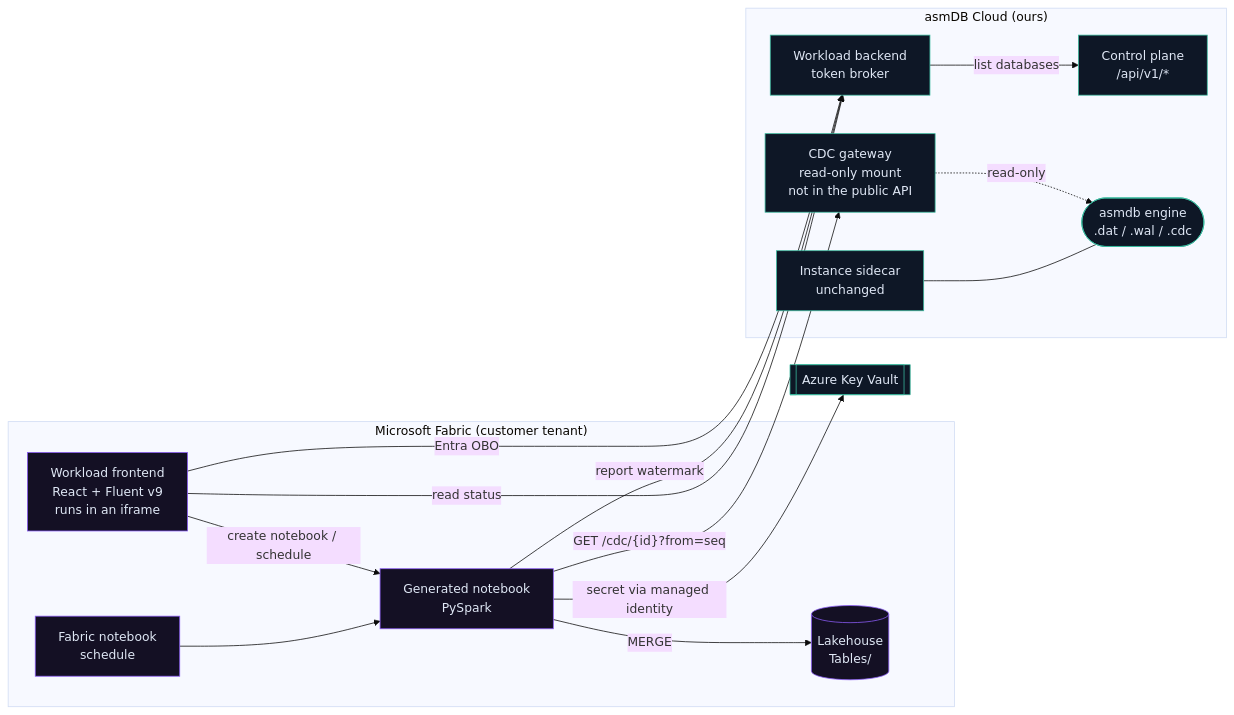
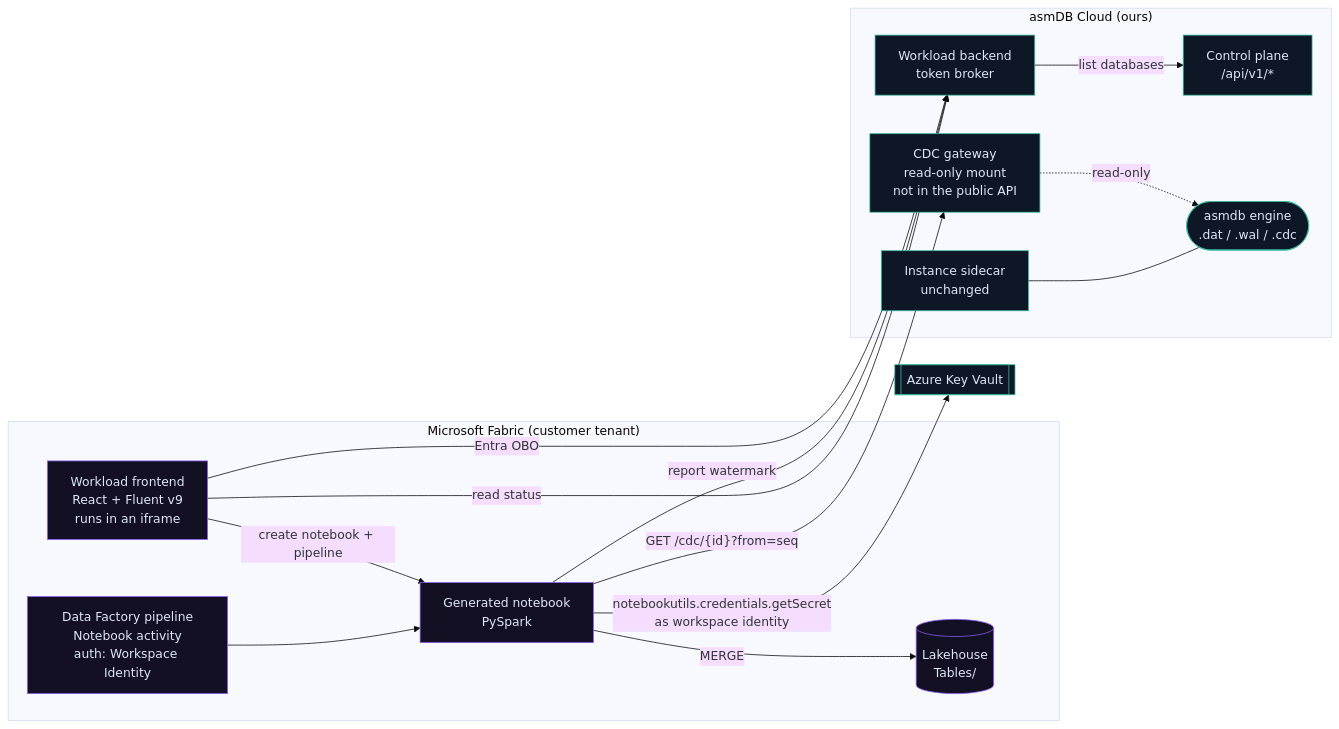
One commit to fredgis/asmDB changed the first of 4 diagrams in docs/WORKLOAD.md. Above: the diagram before and after it, drawn with Mermaid (base theme). The commit also changed other lines of this file and 15 other files, not shown here.

````diff
--- a/docs/WORKLOAD.md
+++ b/docs/WORKLOAD.md
@@ -55,34 +55,34 @@
 ```mermaid
 flowchart LR
   subgraph Fabric["Microsoft Fabric (customer tenant)"]
     UI["Workload frontend<br/>React + Fluent v9<br/>runs in an iframe"]
     NB["Generated notebook<br/>PySpark"]
     LH[("Lakehouse<br/>Tables/")]
-    SCH["Fabric notebook<br/>schedule"]
+    SCH["Data Factory pipeline<br/>Notebook activity<br/>auth: Workspace Identity"]
   end
 
   subgraph Ours["asmDB Cloud (ours)"]
     BE["Workload backend<br/>token broker"]
     CP["Control plane<br/>/api/v1/*"]
     GW["CDC gateway<br/>read-only mount<br/>not in the public API"]
     SC["Instance sidecar<br/>unchanged"]
     ENG(["asmdb engine<br/>.dat / .wal / .cdc"])
   end
 
   UI -->|"Entra OBO"| BE
   BE -->|"list databases"| CP
-  UI -->|"create notebook / schedule"| NB
+  UI -->|"create notebook + pipeline"| NB
   SCH --> NB
-  NB -->|"secret via managed identity"| KV[["Azure Key Vault"]]
+  NB -->|"notebookutils.credentials.getSecret<br/>as workspace identity"| KV[["Azure Key Vault"]]
   NB -->|"GET /cdc/{id}?from=seq"| GW
   GW -.->|"read-only"| ENG
   SC --- ENG
   NB -->|"MERGE"| LH
   NB -->|"report watermark"| BE
   UI -->|"read status"| BE
 
   classDef ours fill:#0e1726,stroke:#3ABB9F,color:#dfe7f5
   classDef fab fill:#141024,stroke:#8b5cf6,color:#dfe7f5
   class BE,CP,SC,ENG,GW,KV ours
   class UI,NB,LH,SCH fab
 ```
````
